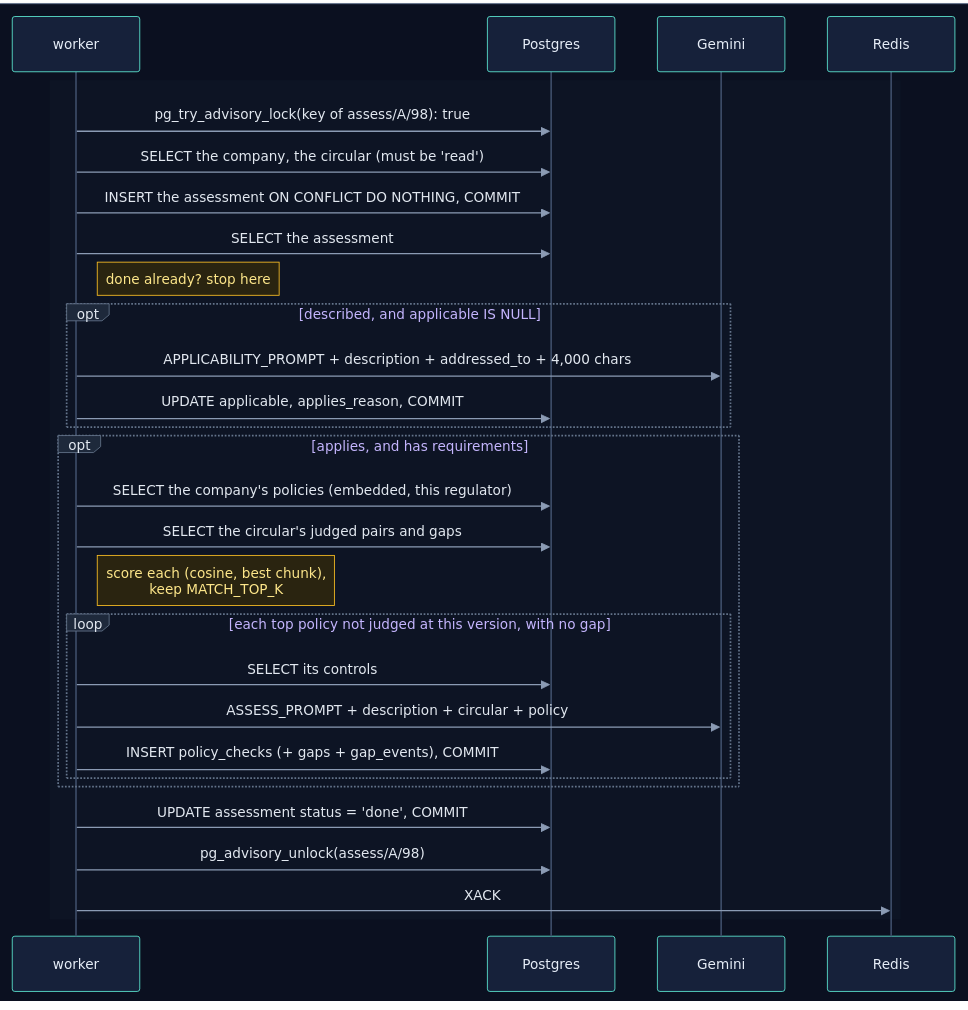
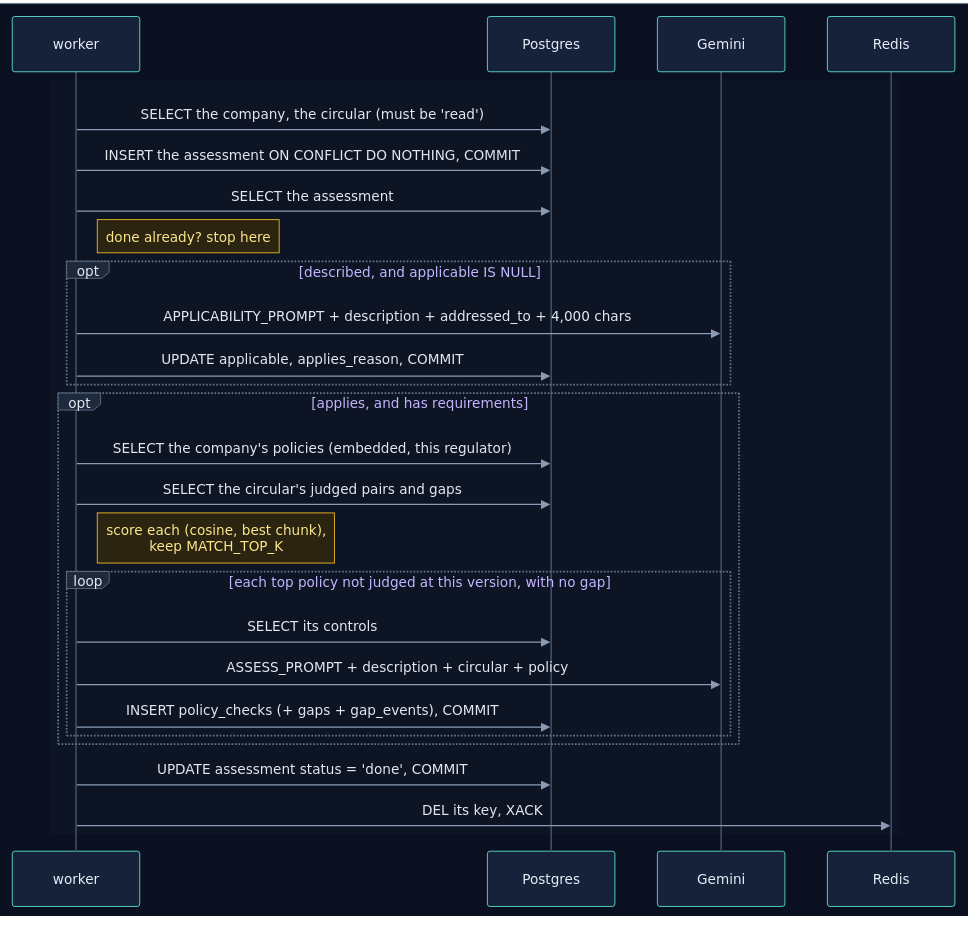
Diagram 12 of 19 in backend/worker/INTERNALS.md (selvakumarperumal/Regulatory_Circular_Impact_Agent), drawn with Mermaid before and after one commit. The commit also changed other lines of this file and 7 other files, not shown here.

````diff
--- a/backend/worker/INTERNALS.md
+++ b/backend/worker/INTERNALS.md
@@ -634,35 +609,33 @@
 ```mermaid
 %%{init: {"theme": "base", "sequence": {"diagramMarginX": 0, "diagramMarginY": 0}, "themeVariables": {"darkMode": true, "primaryColor": "#16213a", "primaryTextColor": "#e6edf7", "primaryBorderColor": "#475a7a", "lineColor": "#8b9bb4", "secondaryColor": "#1b2436", "tertiaryColor": "#101a2e", "edgeLabelBackground": "#0f172a", "textColor": "#e2e8f0", "actorBkg": "#16213a", "actorBorder": "#5eead4", "actorTextColor": "#e6edf7", "actorLineColor": "#3b4a66", "signalColor": "#8b9bb4", "signalTextColor": "#e2e8f0", "noteBkgColor": "#2a2410", "noteBorderColor": "#fbbf24", "noteTextColor": "#fde68a", "labelBoxBkgColor": "#1e293b", "labelBoxBorderColor": "#64748b", "labelTextColor": "#e2e8f0", "loopTextColor": "#c4b5fd", "sequenceNumberColor": "#0b1020", "activationBkgColor": "#1e293b"}}}%%
 sequenceDiagram
     box rgb(11, 16, 32)
         participant K as worker
         participant PG as Postgres
         participant G as Gemini
         participant R as Redis
     end
 
     rect rgb(13, 20, 36)
-        K->>PG: pg_try_advisory_lock(key of assess/A/98): true
         K->>PG: SELECT the company, the circular (must be 'read')
         K->>PG: INSERT the assessment ON CONFLICT DO NOTHING, COMMIT
         K->>PG: SELECT the assessment
         Note right of K: done already? stop here
         opt described, and applicable IS NULL
             K->>G: APPLICABILITY_PROMPT + description + addressed_to + 4,000 chars
             K->>PG: UPDATE applicable, applies_reason, COMMIT
         end
         opt applies, and has requirements
             K->>PG: SELECT the company's policies (embedded, this regulator)
             K->>PG: SELECT the circular's judged pairs and gaps
             Note right of K: score each (cosine, best chunk),<br/>keep MATCH_TOP_K
             loop each top policy not judged at this version, with no gap
                 K->>PG: SELECT its controls
                 K->>G: ASSESS_PROMPT + description + circular + policy
                 K->>PG: INSERT policy_checks (+ gaps + gap_events), COMMIT
             end
         end
         K->>PG: UPDATE assessment status = 'done', COMMIT
-        K->>PG: pg_advisory_unlock(assess/A/98)
-        K->>R: XACK
+        K->>R: DEL its key, XACK
     end
 ```
````
